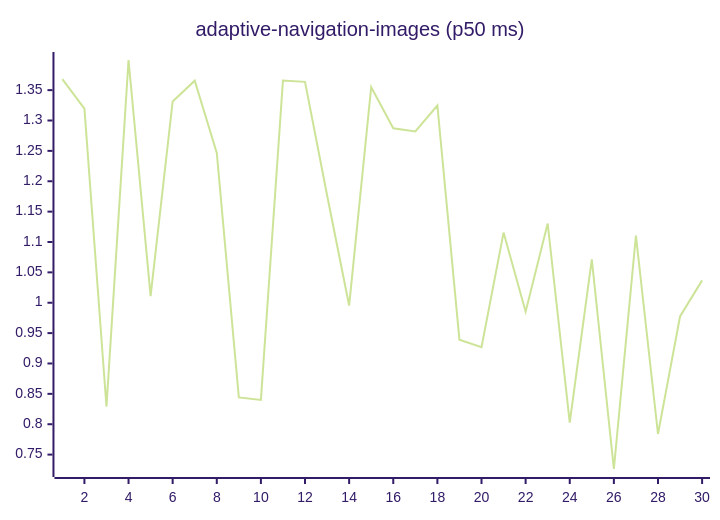
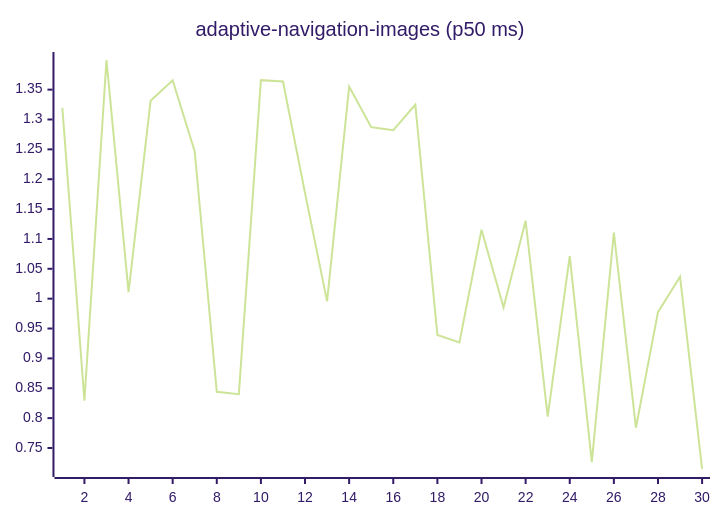
One commit to josha/Facet changed the first of 27 diagrams in README.md. Above: the diagram before and after it, drawn with Mermaid (forest theme). The commit also changed other lines of this file and 2 other files, not shown here.

````diff
--- a/README.md
+++ b/README.md
@@ -63,6 +63,6 @@
 ```mermaid
 xychart-beta
     title "adaptive-navigation-images (p50 ms)"
     x-axis 1 --> 30
-    line [1.3680, 1.3197, 0.8291, 1.3996, 1.0110, 1.3313, 1.3656, 1.2466, 0.8441, 0.8400, 1.3659, 1.3636, 1.1770, 0.9954, 1.3550, 1.2872, 1.2820, 1.3247, 0.9391, 0.9267, 1.1155, 0.9853, 1.1303, 0.8026, 1.0713, 0.7263, 1.1106, 0.7839, 0.9774, 1.0368]
+    line [1.3197, 0.8291, 1.3996, 1.0110, 1.3313, 1.3656, 1.2466, 0.8441, 0.8400, 1.3659, 1.3636, 1.1770, 0.9954, 1.3550, 1.2872, 1.2820, 1.3247, 0.9391, 0.9267, 1.1155, 0.9853, 1.1303, 0.8026, 1.0713, 0.7263, 1.1106, 0.7839, 0.9774, 1.0368, 0.7148]
 ```
````
